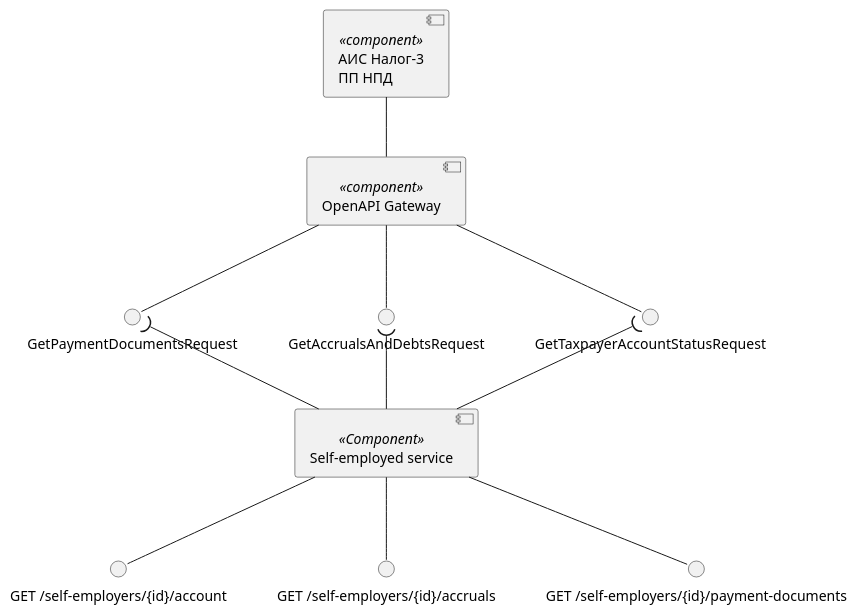
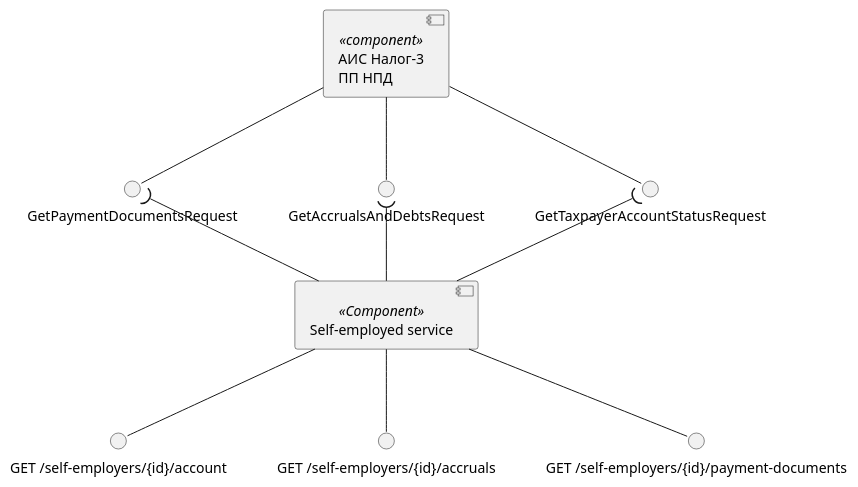
One commit to RaikBitters/ibank-internal-services changed the fourth of 7 diagrams in diagrams/self-employed-service/components.puml. Above: the diagram before and after it, drawn with PlantUML. The commit also changed other lines of this file and 6 other files, not shown here.

Commit message:
Updated diagrams

```diff
--- a/diagrams/self-employed-service/components.puml
+++ b/diagrams/self-employed-service/components.puml
@@ -139,27 +135,25 @@
 @startuml account-components
 
 component "АИС Налог-3\nПП НПД" as Tax3 <<component>>
-component "OpenAPI Gateway" as OpenAPI <<component>>
 interface "GetTaxpayerAccountStatusRequest" as GetAccountStatus
 interface "GetAccrualsAndDebtsRequest" as GetAccrualsAndDebts
 interface "GetPaymentDocumentsRequest" as GetPaymentDocuments
 
-Tax3 -- OpenAPI
-OpenAPI --() GetAccountStatus
-OpenAPI --() GetAccrualsAndDebts
-OpenAPI --() GetPaymentDocuments
+Tax3 --() GetAccountStatus
+Tax3 --() GetAccrualsAndDebts
+Tax3 --() GetPaymentDocuments
 
 component "Self-employed service" as SelfEmplService <<Component>>
 interface "GET /self-employers/{id}/account" as getAccount
 interface "GET /self-employers/{id}/accruals" as getAccrualsAndDebts
 interface "GET /self-employers/{id}/payment-documents" as getPaymentDocuments
 
 SelfEmplService --() getAccount
 SelfEmplService --() getAccrualsAndDebts
 SelfEmplService --() getPaymentDocuments
 
 SelfEmplService -up-( GetAccountStatus
 SelfEmplService -up-( GetAccrualsAndDebts
 SelfEmplService -up-( GetPaymentDocuments
 
 @enduml
```
